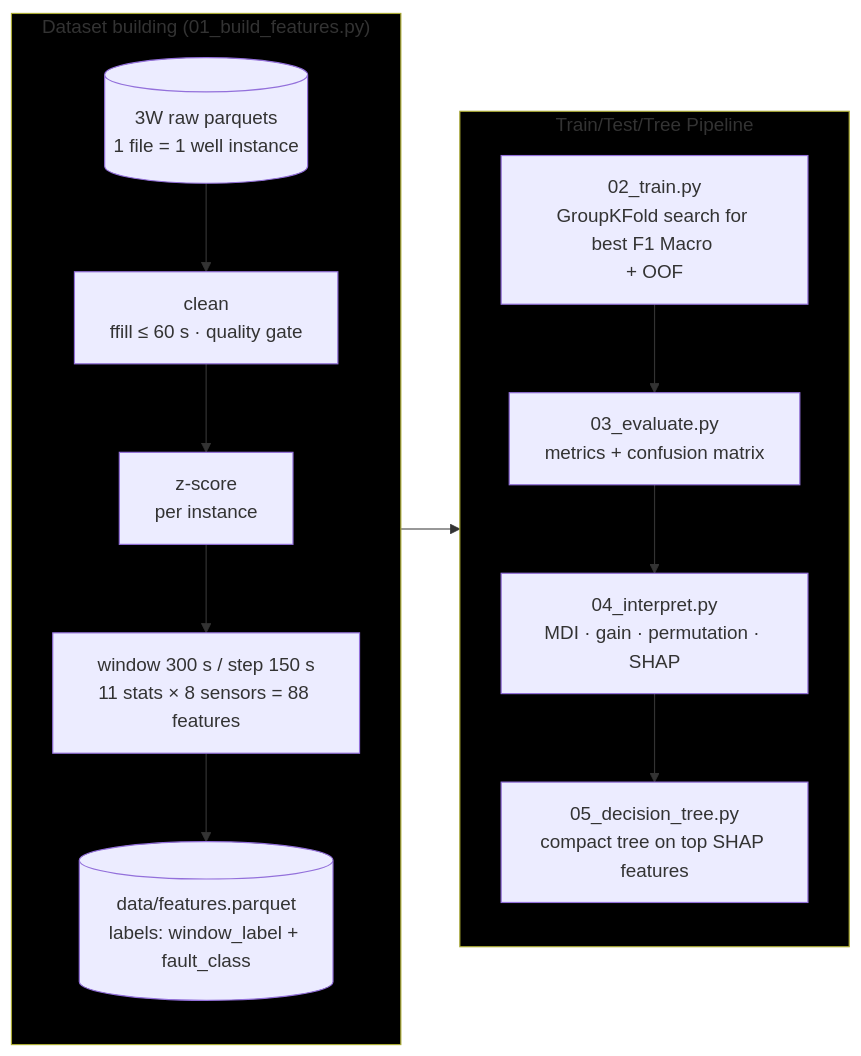
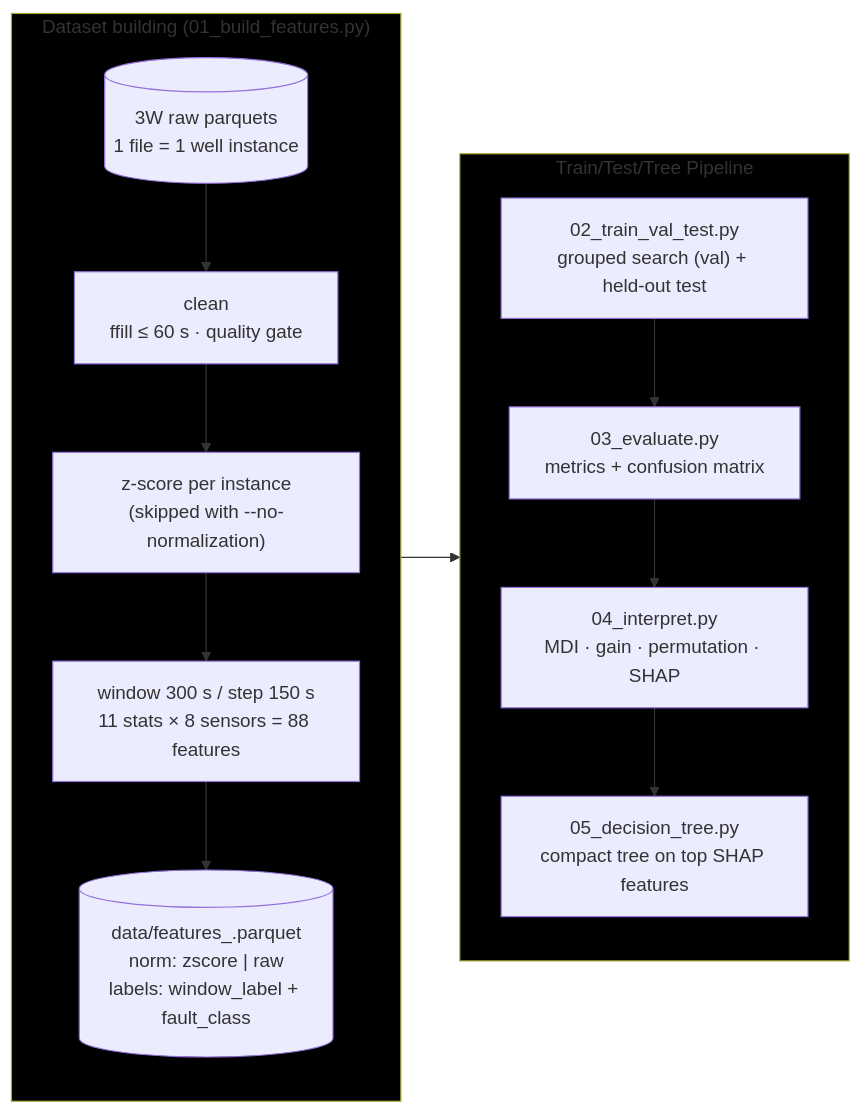
Before and after one commit to Thiago-TP/flow-assurance-ml: the first of 3 diagrams in README.md, drawn with Mermaid. The commit also changed other lines of this file, not shown here.

Commit message:
Update README with new run flags and data split designs

````diff
--- a/README.md
+++ b/README.md
@@ -9,23 +9,23 @@
 ```mermaid
 flowchart LR
 
   subgraph S1["Dataset building (01_build_features.py)"]
     direction TB
     A[("3W raw parquets<br/>1 file = 1 well instance")] --> B["clean<br/>ffill ≤ 60 s · quality gate"]
-    B --> C["z-score<br/>per instance"]
+    B --> C["z-score per instance<br/>(skipped with --no-normalization)"]
     C --> D["window 300 s / step 150 s<br/>11 stats × 8 sensors = 88 features"]
-    D --> E[("data/features.parquet<br/>labels: window_label + fault_class")]
+    D --> E[("data/features_<norm>.parquet<br/>norm: zscore | raw<br/>labels: window_label + fault_class")]
   end
 
   subgraph S2["Train/Test/Tree Pipeline"]
     direction TB
-    F["02_train.py<br/>GroupKFold search for best F1 Macro <br>+ OOF"] --> G["03_evaluate.py<br/>metrics + confusion matrix"]
+    F["02_train_val_test.py<br/>grouped search (val) + held-out test"] --> G["03_evaluate.py<br/>metrics + confusion matrix"]
     G --> H["04_interpret.py<br/>MDI · gain · permutation · SHAP"]
     H --> I["05_decision_tree.py<br/>compact tree on top SHAP features"]
   end
 
   S1 --> S2
 
   style S1 fill:#000000
   style S2 fill:#000000
 ```
````
